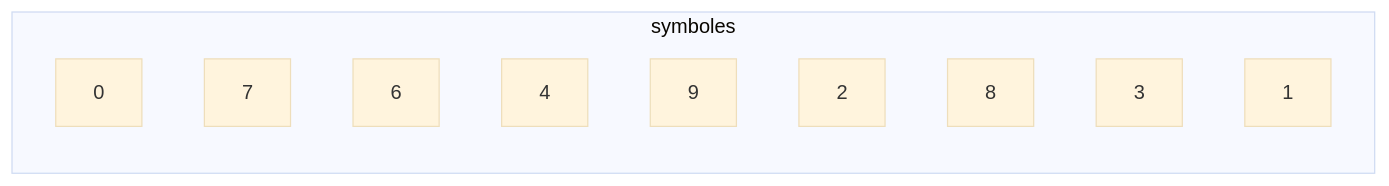
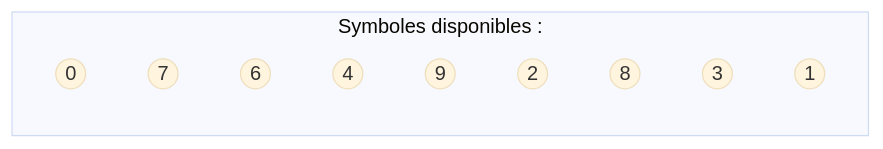
The second of 2 diagrams in première/Types_et_valeurs_de_base/Représentation_des_entiers_naturels.md (boddaert/nsi), drawn with Mermaid (base theme) before and after one commit.

````diff
--- a/première/Types_et_valeurs_de_base/Représentation_des_entiers_naturels.md
+++ b/première/Types_et_valeurs_de_base/Représentation_des_entiers_naturels.md
@@ -51,14 +51,14 @@
 ```mermaid
 flowchart LR
-  subgraph symboles
-    A[0]
-    B[7]
-    C[6]
-    D[4]
-    E[9]
-    F[2]
-    G[8]
-    H[3]
-    I[1]
+  subgraph Symboles disponibles :
+    A((0))
+    B((7))
+    C((6))
+    D((4))
+    E((9))
+    F((2))
+    G((8))
+    H((3))
+    I((1))
   end
 ```
````
